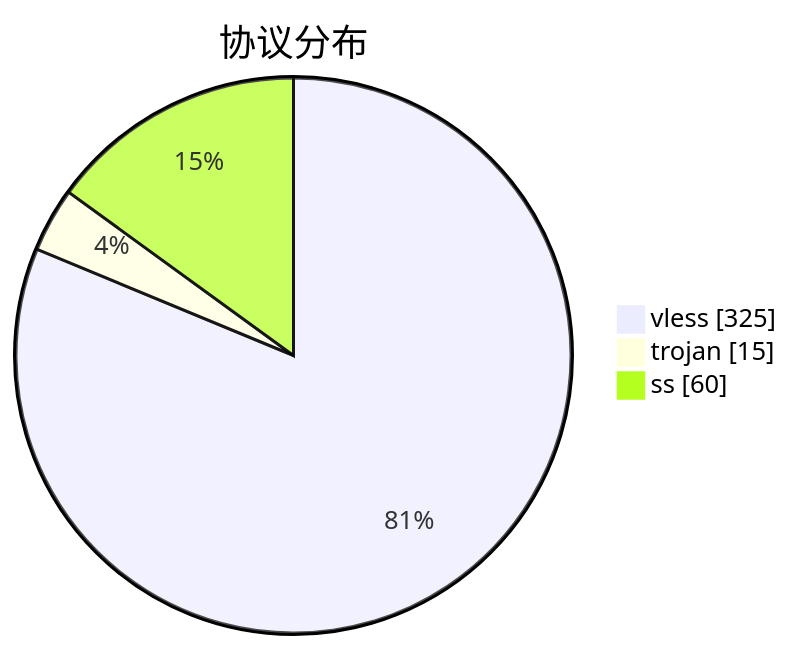
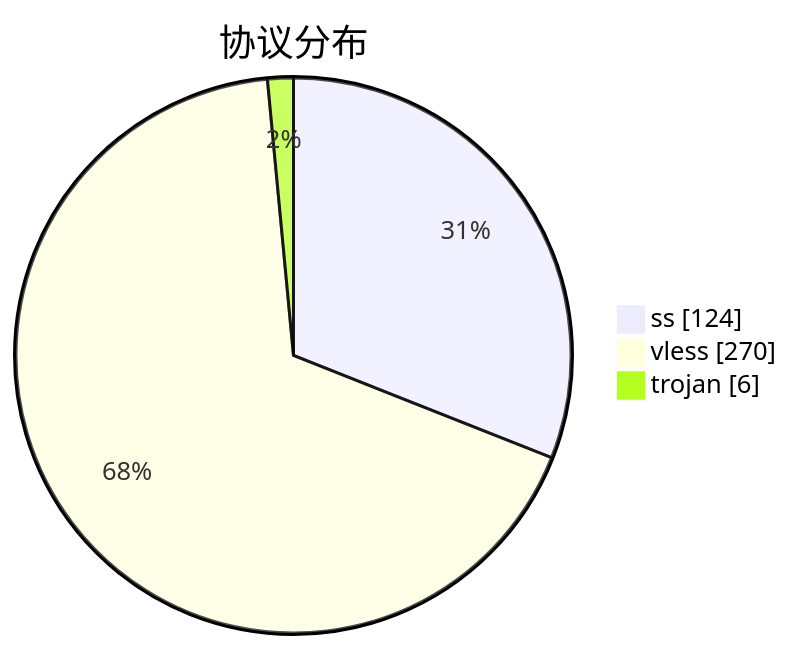
Before and after one commit to qjlxg/airport: the third of 3 diagrams in subs/statistics/tested_within.md, drawn with Mermaid. The commit also changed other lines of this file and 2 other files, not shown here.

````diff
--- a/subs/statistics/tested_within.md
+++ b/subs/statistics/tested_within.md
@@ -20,7 +19,7 @@
 ```mermaid
 pie showData
 title 协议分布
-"vless" : 325
-"trojan" : 15
-"ss" : 60
+"ss" : 124
+"vless" : 270
+"trojan" : 6
 ```
````
